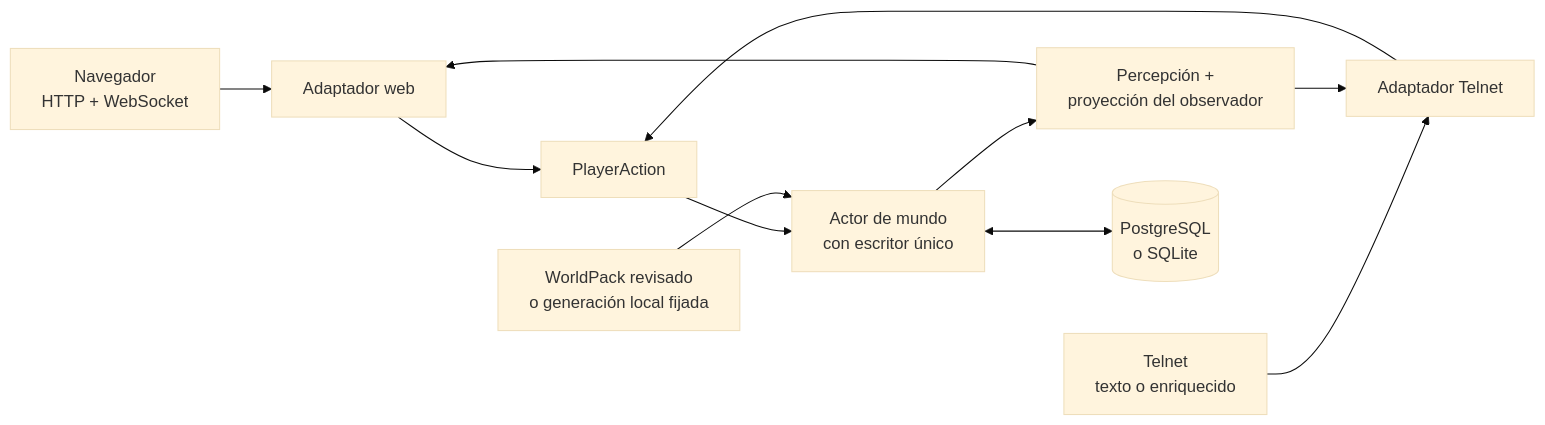
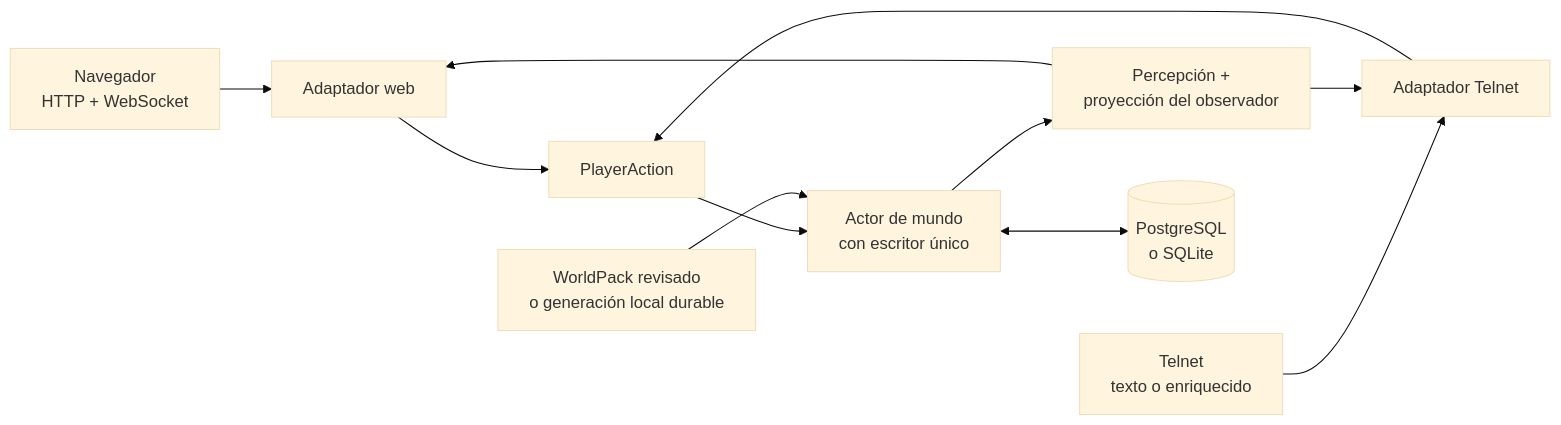
One commit to hyukudan/tiamud changed the first of 7 diagrams in README.md. Above: the diagram before and after it, drawn with Mermaid (base theme). The commit also changed other lines of this file and 29 other files, not shown here.

````diff
--- a/README.md
+++ b/README.md
@@ -89,16 +91,16 @@
 ```mermaid
 flowchart LR
     accTitle: Arquitectura compartida de acciones de Tiamud
     accDescr: Navegador y terminal comparten una ruta de dominio autorizada, la proyección por observador y un único sistema de persistencia seleccionado.
 
     Browser[Navegador<br/>HTTP + WebSocket] --> Web[Adaptador web]
     Telnet[Telnet<br/>texto o enriquecido] --> TN[Adaptador Telnet]
     Web --> Action[PlayerAction]
     TN --> Action
     Action --> Actor[Actor de mundo<br/>con escritor único]
     Actor --> Projection[Percepción +<br/>proyección del observador]
     Projection --> Web
     Projection --> TN
     Actor <--> Store[(PostgreSQL<br/>o SQLite)]
-    Pack[WorldPack revisado<br/>o generación local fijada] --> Actor
+    Pack[WorldPack revisado<br/>o generación local durable] --> Actor
 ```
````
